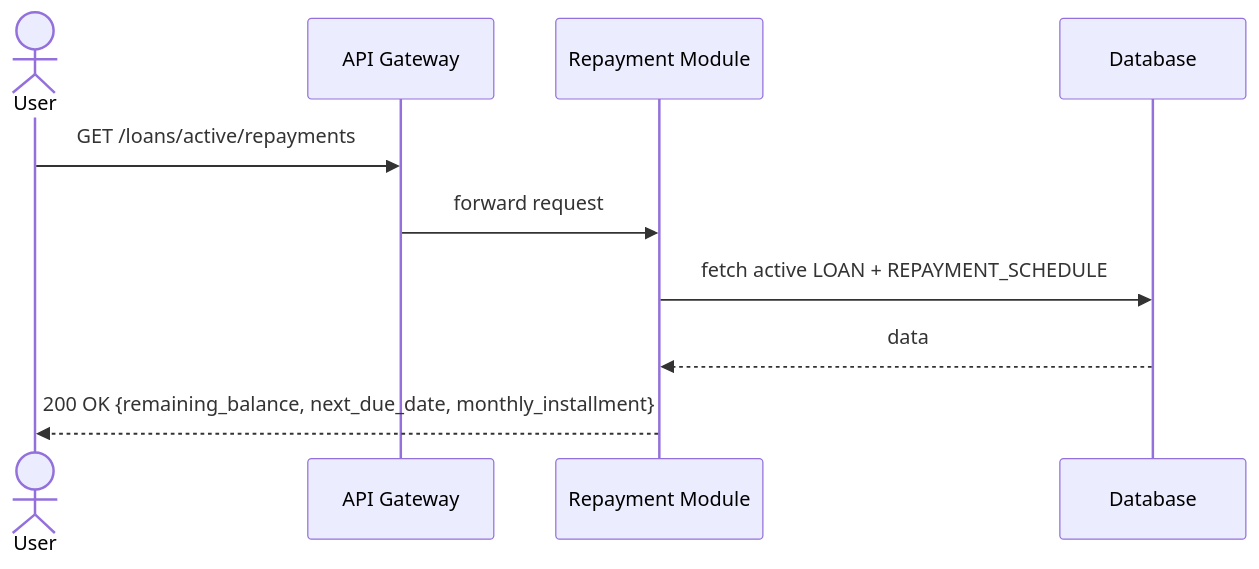
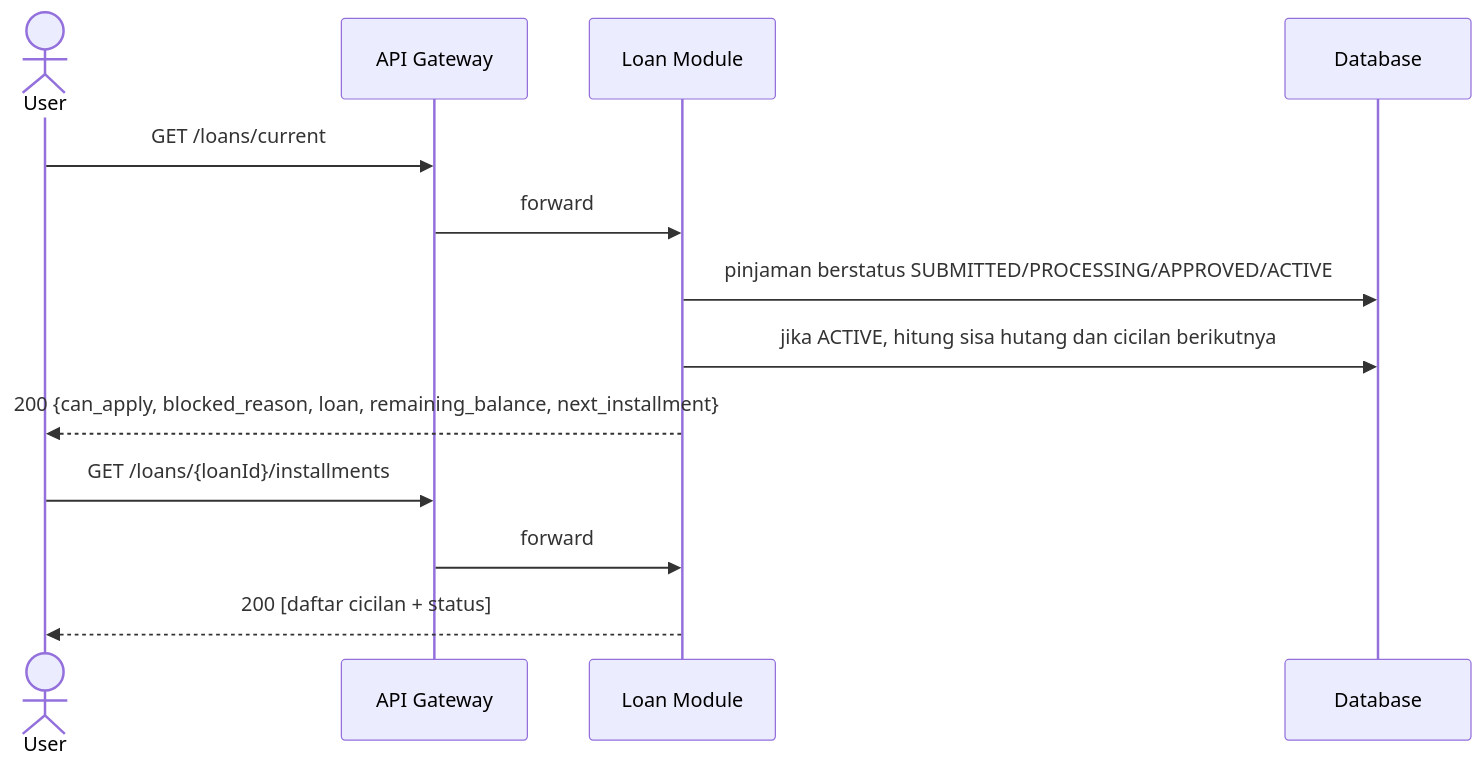
One commit to sendygit/assesment-solution-analyst changed the fifth of 6 diagrams in docs/04-api-design/api-sequence-diagrams.md. Above: the diagram before and after it, drawn with Mermaid. The commit also changed other lines of this file and 2 other files, not shown here.

Commit message:
Rework API design: fix OpenAPI spec, secure onboarding, add loan state diagram

````diff
--- a/docs/04-api-design/api-sequence-diagrams.md
+++ b/docs/04-api-design/api-sequence-diagrams.md
@@ -91,13 +167,17 @@
 ```mermaid
 sequenceDiagram
     actor U as User
     participant GW as API Gateway
-    participant Repay as Repayment Module
+    participant Loan as Loan Module
     participant DB as Database
 
-    U->>GW: GET /loans/active/repayments
-    GW->>Repay: forward request
-    Repay->>DB: fetch active LOAN + REPAYMENT_SCHEDULE
-    DB-->>Repay: data
-    Repay-->>U: 200 OK {remaining_balance, next_due_date, monthly_installment}
+    U->>GW: GET /loans/current
+    GW->>Loan: forward
+    Loan->>DB: pinjaman berstatus SUBMITTED/PROCESSING/APPROVED/ACTIVE
+    Loan->>DB: jika ACTIVE, hitung sisa hutang dan cicilan berikutnya
+    Loan-->>U: 200 {can_apply, blocked_reason, loan, remaining_balance, next_installment}
+
+    U->>GW: GET /loans/{loanId}/installments
+    GW->>Loan: forward
+    Loan-->>U: 200 [daftar cicilan + status]
 ```
````
